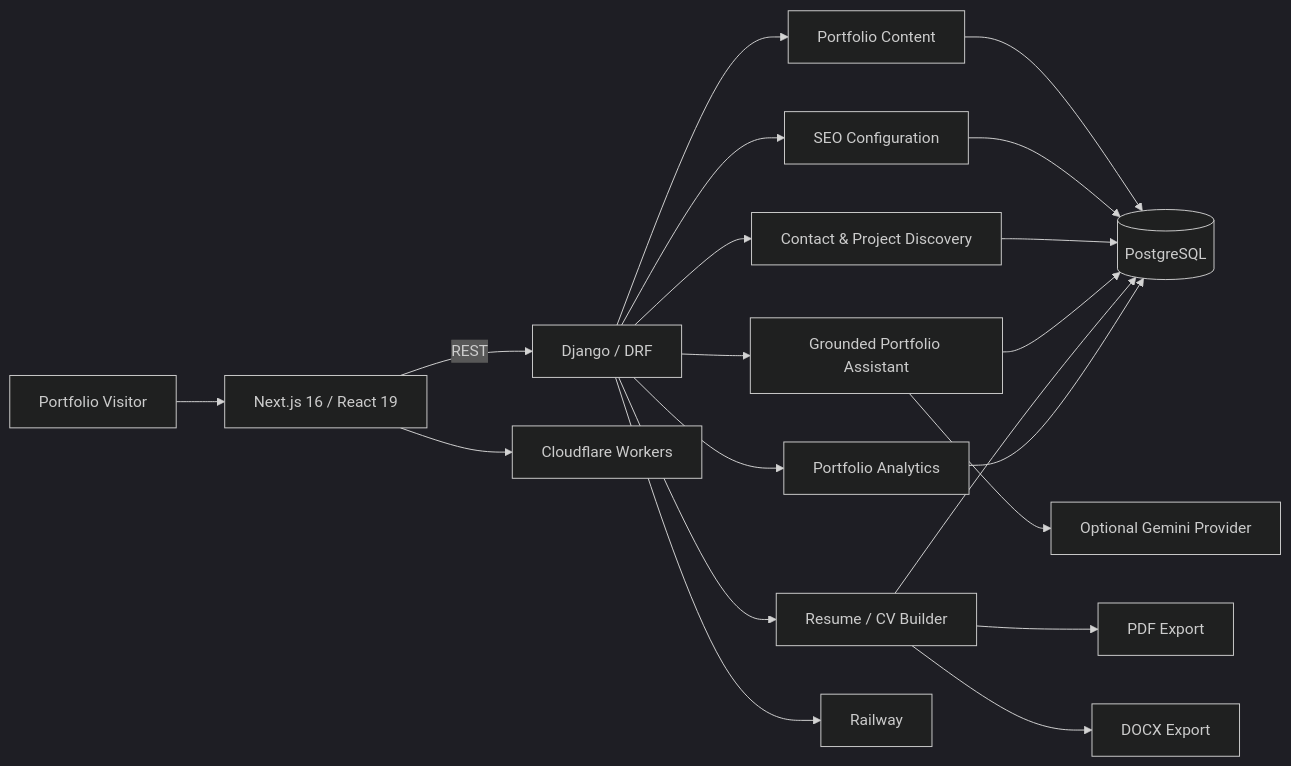
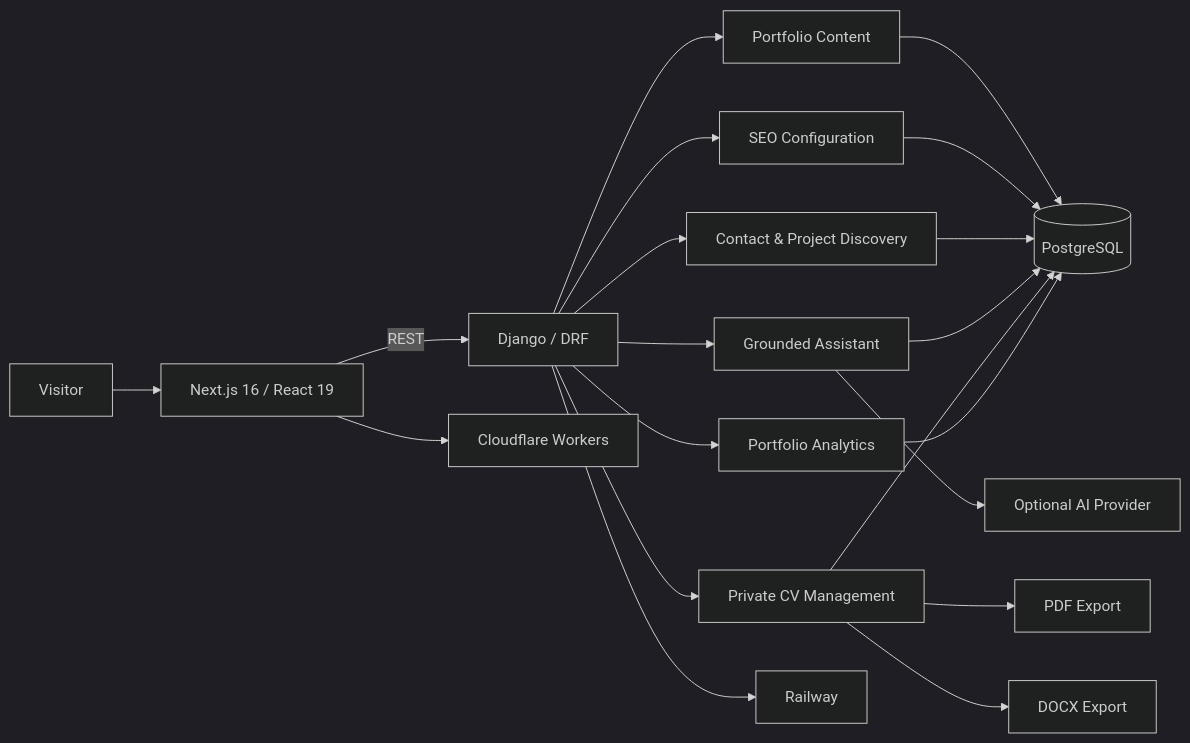
The diagram in README.md (Shahriyar-Kh/shahriyarkhan-portfolio-v1), drawn with Mermaid (dark theme) before and after one commit. The commit also changed other lines of this file and 59 other files, not shown here.

```diff
--- a/README.md
+++ b/README.md
@@ -46,26 +44,26 @@
 ~~~mermaid
 flowchart LR
-    V[Portfolio Visitor] --> WEB[Next.js 16 / React 19]
+    V[Visitor] --> WEB[Next.js 16 / React 19]
     WEB -->|REST| API[Django / DRF]
 
     API --> PORT[Portfolio Content]
     API --> SEO[SEO Configuration]
     API --> INQ[Contact & Project Discovery]
-    API --> ASSIST[Grounded Portfolio Assistant]
-    API --> RESUME[Resume / CV Builder]
+    API --> ASSIST[Grounded Assistant]
+    API --> CV[Private CV Management]
     API --> ANALYTICS[Portfolio Analytics]
 
     PORT --> DB[(PostgreSQL)]
     SEO --> DB
     INQ --> DB
     ASSIST --> DB
-    RESUME --> DB
+    CV --> DB
     ANALYTICS --> DB
 
-    ASSIST --> GEMINI[Optional Gemini Provider]
-    RESUME --> PDF[PDF Export]
-    RESUME --> DOCX[DOCX Export]
+    ASSIST --> AI[Optional AI Provider]
+    CV --> PDF[PDF Export]
+    CV --> DOCX[DOCX Export]
 
     WEB --> CF[Cloudflare Workers]
     API --> RW[Railway]
 ~~~
```
